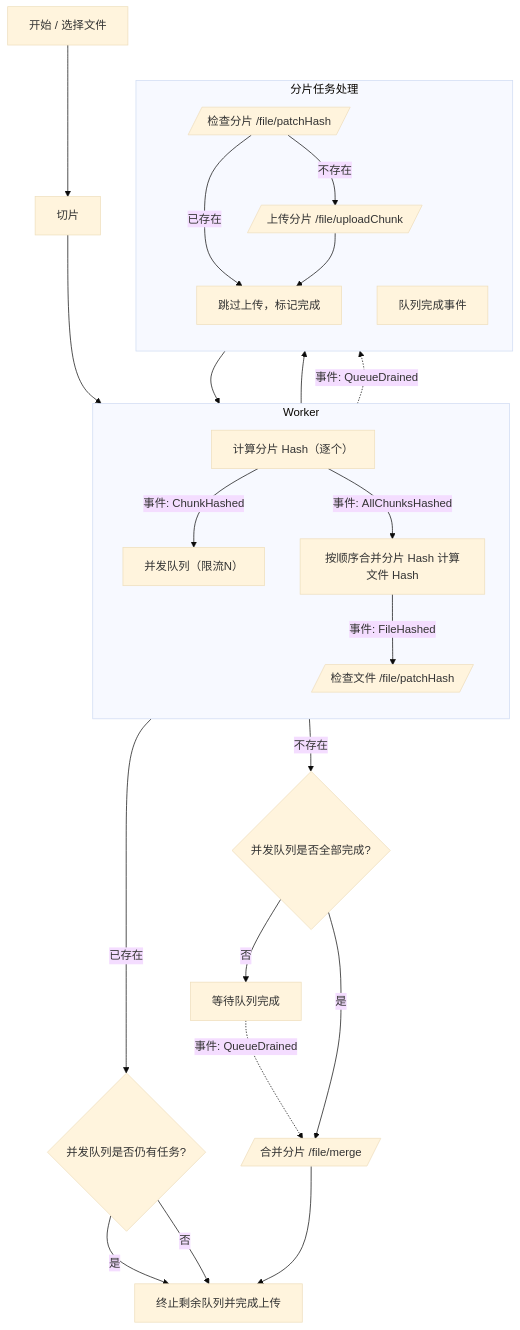
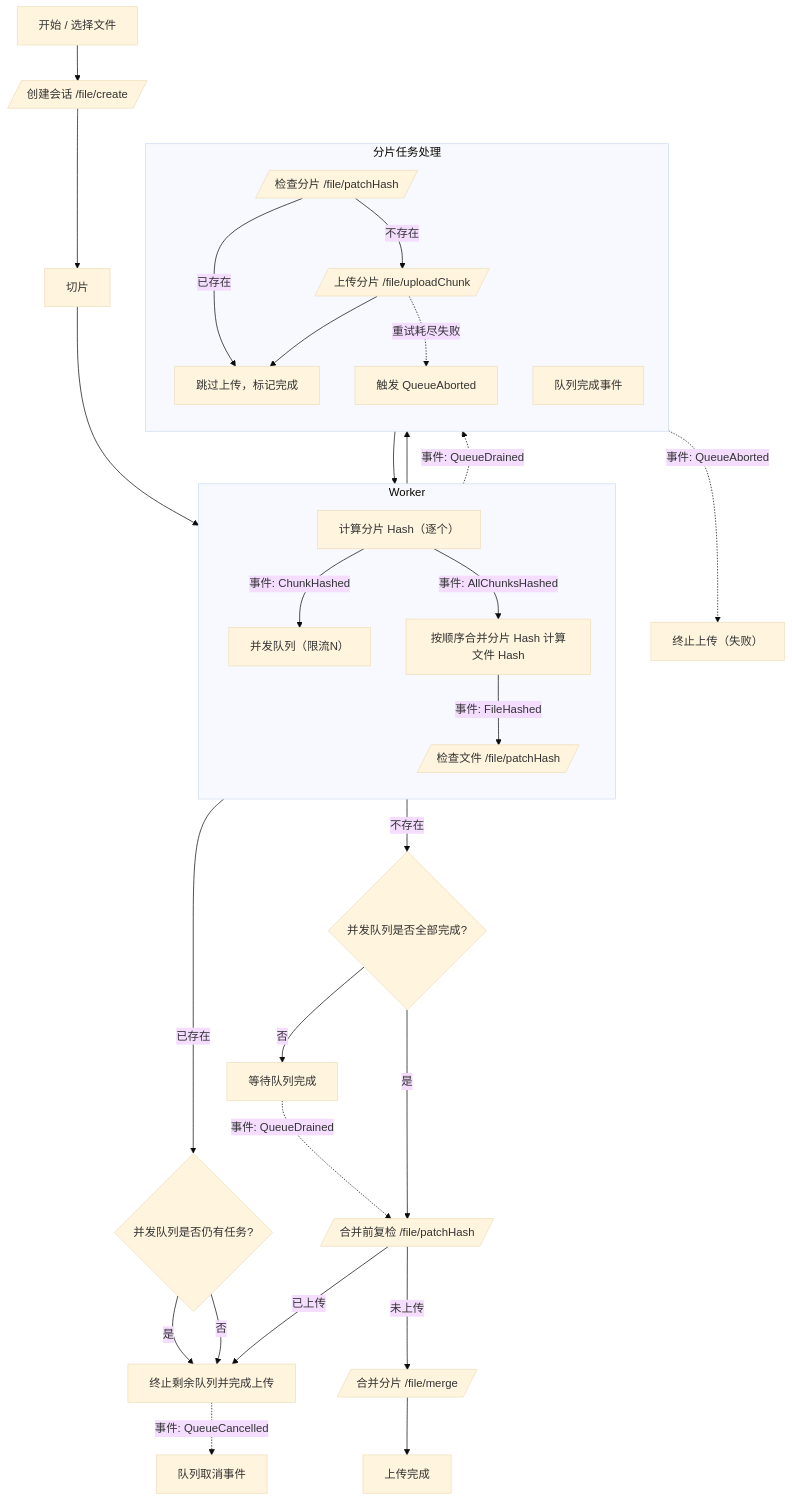
The diagram in packages/app/README.md (warmeaf/wf-upload), drawn with Mermaid (base theme) before and after one commit. The commit also changed other lines of this file, not shown here.

````diff
--- a/packages/app/README.md
+++ b/packages/app/README.md
@@ -16,32 +18,39 @@
 ```mermaid
 flowchart TD
-  A[开始 / 选择文件] --> B[切片]
+  A[开始 / 选择文件] --> C0[/创建会话 /file/create/]
+  C0 --> B[切片]
 
   subgraph WORKER[Worker]
     direction TB
     W1[计算分片 Hash（逐个）] -->|事件: ChunkHashed| Q[并发队列（限流N）]
     W1 -->|事件: AllChunksHashed| W2[按顺序合并分片 Hash 计算文件 Hash]
     W2 -->|事件: FileHashed| F2[/检查文件 /file/patchHash/]
   end
 
   B --> W1
 
   subgraph QUEUE[分片任务处理]
     direction TB
     Q --> C2[/检查分片 /file/patchHash/]
     C2 -->|已存在| C4[跳过上传，标记完成]
     C2 -->|不存在| C3[/上传分片 /file/uploadChunk/]
     C3 --> C4
     C4 --> Q
+    C3 -. 重试耗尽失败 .-> QA[触发 QueueAborted]
     Q -. 事件: QueueDrained .-> E[队列完成事件]
   end
 
+  QA -. 事件: QueueAborted .-> ABORT[终止上传（失败）]
+
   F2 -->|已存在| F3{并发队列是否仍有任务?}
-  F3 -->|是| F6[终止剩余队列并完成上传]
-  F3 -->|否| F6
+  F3 -->|是| FC[终止剩余队列并完成上传]
+  F3 -->|否| FC
+  FC -. 事件: QueueCancelled .-> EC[队列取消事件]
 
   F2 -->|不存在| F4{并发队列是否全部完成?}
-  F4 -->|否| F5[等待队列完成] -. 事件: QueueDrained .-> F7[/合并分片 /file/merge/]
-  F4 -->|是| F7
-  F7 --> F6
+  F4 -->|否| F5[等待队列完成] -. 事件: QueueDrained .-> FR[/合并前复检 /file/patchHash/]
+  F4 -->|是| FR[/合并前复检 /file/patchHash/]
+  FR -->|已上传| FC
+  FR -->|未上传| F7[/合并分片 /file/merge/]
+  F7 --> F6[上传完成]
 ```
````
